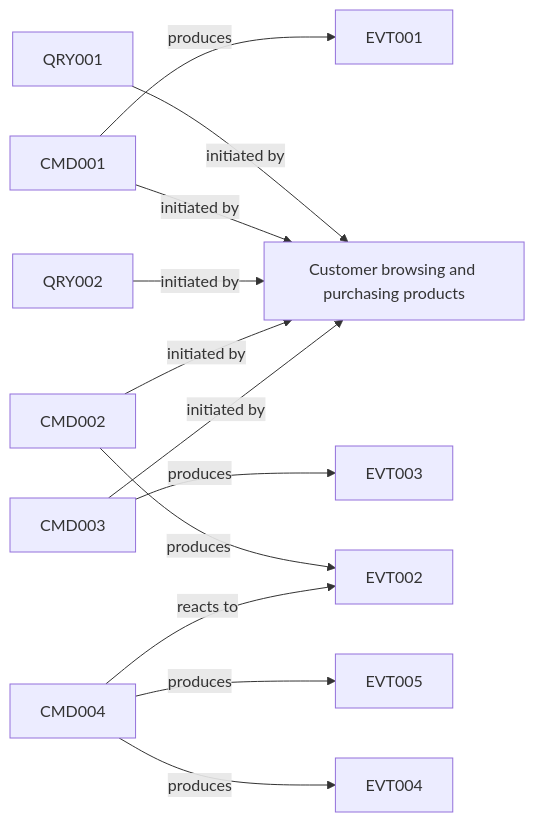
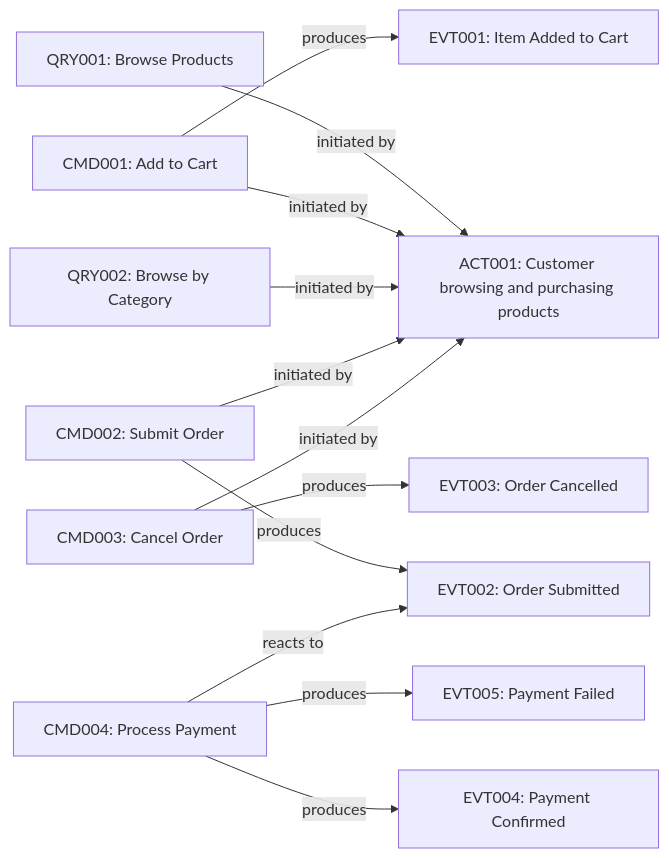
Before and after one commit to Archally/blueprint-schema: the first of 2 diagrams in examples/ecommerce/.blueprint/v2.6/.specs/overview.md, drawn with Mermaid. The commit also changed other lines of this file and 1 other file, not shown here.

````diff
--- a/examples/ecommerce/.blueprint/v2.6/.specs/overview.md
+++ b/examples/ecommerce/.blueprint/v2.6/.specs/overview.md
@@ -7,26 +7,26 @@
 ```mermaid
 graph LR
-    QRY001["QRY001"]
-    ACT001["Customer browsing and purchasing products"]
-    CMD001["CMD001"]
-    EVT001["EVT001"]
-    QRY002["QRY002"]
-    CMD002["CMD002"]
-    EVT002["EVT002"]
-    CMD003["CMD003"]
-    EVT003["EVT003"]
-    CMD004["CMD004"]
-    EVT004["EVT004"]
-    EVT005["EVT005"]
+    QRY001["QRY001: Browse Products"]
+    ACT001["ACT001: Customer browsing and purchasing products"]
+    CMD001["CMD001: Add to Cart"]
+    EVT001["EVT001: Item Added to Cart"]
+    QRY002["QRY002: Browse by Category"]
+    CMD002["CMD002: Submit Order"]
+    EVT002["EVT002: Order Submitted"]
+    CMD003["CMD003: Cancel Order"]
+    EVT003["EVT003: Order Cancelled"]
+    CMD004["CMD004: Process Payment"]
+    EVT004["EVT004: Payment Confirmed"]
+    EVT005["EVT005: Payment Failed"]
     QRY001 -->|"initiated by"| ACT001
     CMD001 -->|"produces"| EVT001
     CMD001 -->|"initiated by"| ACT001
     QRY002 -->|"initiated by"| ACT001
     CMD002 -->|"produces"| EVT002
     CMD002 -->|"initiated by"| ACT001
     CMD003 -->|"produces"| EVT003
     CMD003 -->|"initiated by"| ACT001
     CMD004 -->|"produces"| EVT004
     CMD004 -->|"produces"| EVT005
     CMD004 -->|"reacts to"| EVT002
 ```
````
